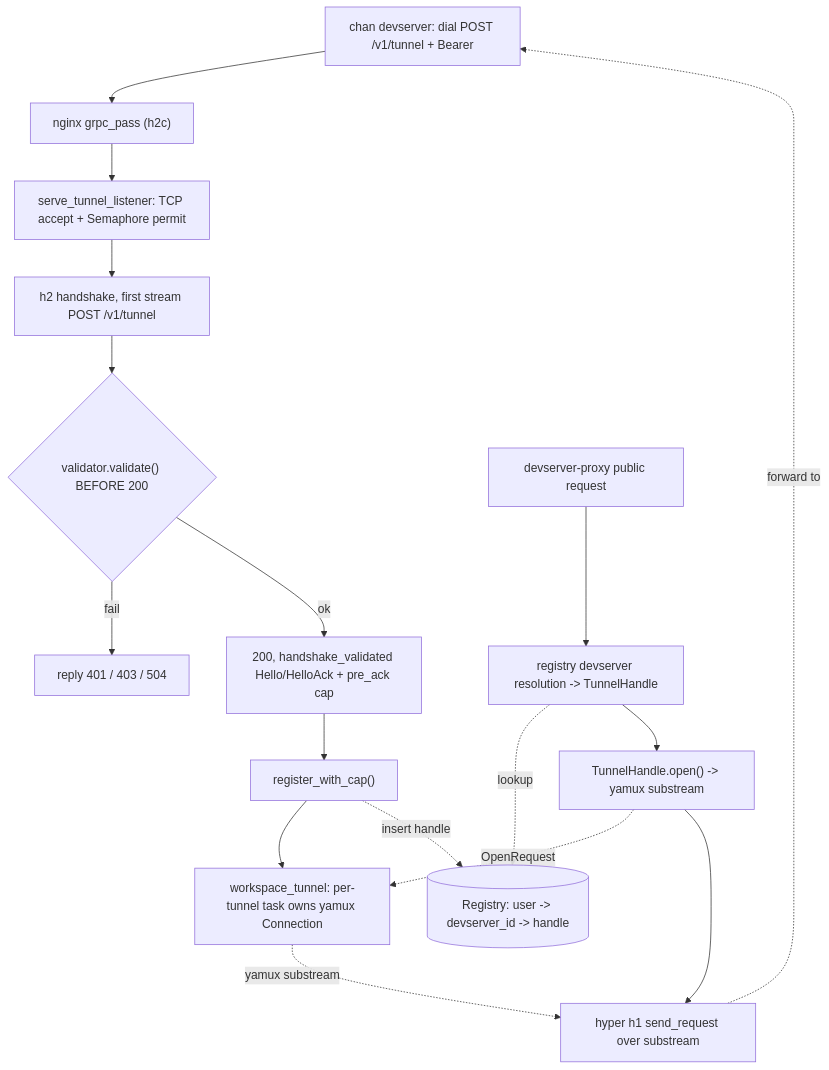
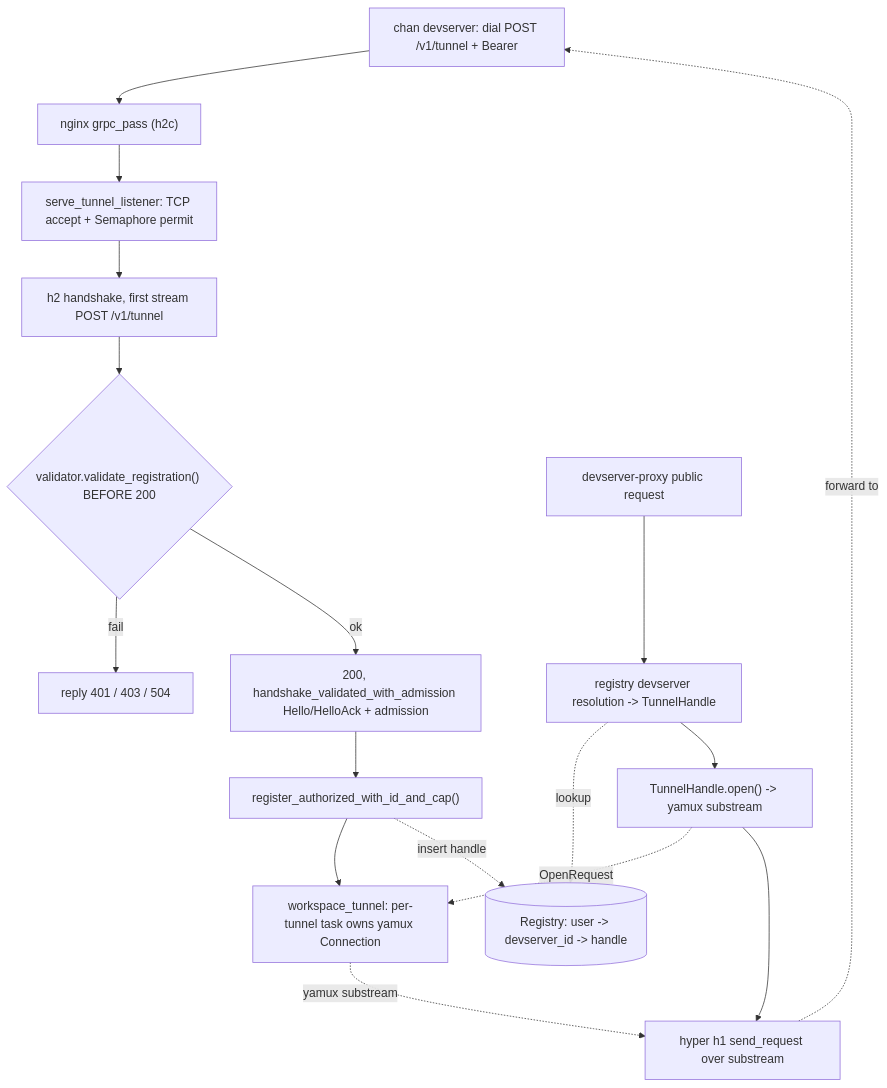
One commit to fiorix/chan changed the first of 2 diagrams in crates/chan-tunnel-server/design.md. Above: the diagram before and after it, drawn with Mermaid. The commit also changed other lines of this file and 41 other files, not shown here.

````diff
--- a/crates/chan-tunnel-server/design.md
+++ b/crates/chan-tunnel-server/design.md
@@ -37,29 +37,29 @@
 ```mermaid
 flowchart TD
     client["chan devserver: dial POST /v1/tunnel + Bearer"]
     nginx["nginx grpc_pass (h2c)"]
     listener["serve_tunnel_listener: TCP accept + Semaphore permit"]
     h2["h2 handshake, first stream POST /v1/tunnel"]
-    validate{"validator.validate() BEFORE 200"}
+    validate{"validator.validate_registration() BEFORE 200"}
     reject["reply 401 / 403 / 504"]
-    ack["200, handshake_validated Hello/HelloAck + pre_ack cap"]
-    register["register_with_cap()"]
+    ack["200, handshake_validated_with_admission Hello/HelloAck + admission"]
+    register["register_authorized_with_id_and_cap()"]
     driver["workspace_tunnel: per-tunnel task owns yamux Connection"]
     registry[("Registry: user -> devserver_id -> handle")]
     proxy["devserver-proxy public request"]
     get["registry devserver resolution -> TunnelHandle"]
     open["TunnelHandle.open() -> yamux substream"]
     h1["hyper h1 send_request over substream"]
 
     client --> nginx --> listener --> h2 --> validate
     validate -- "fail" --> reject
     validate -- "ok" --> ack --> register --> driver
     register -. "insert handle" .-> registry
     proxy --> get
     get -. "lookup" .-> registry
     get --> open
     open -. "OpenRequest" .-> driver
     open --> h1
     driver -. "yamux substream" .-> h1
     h1 -. "forward to" .-> client
 ```
````
